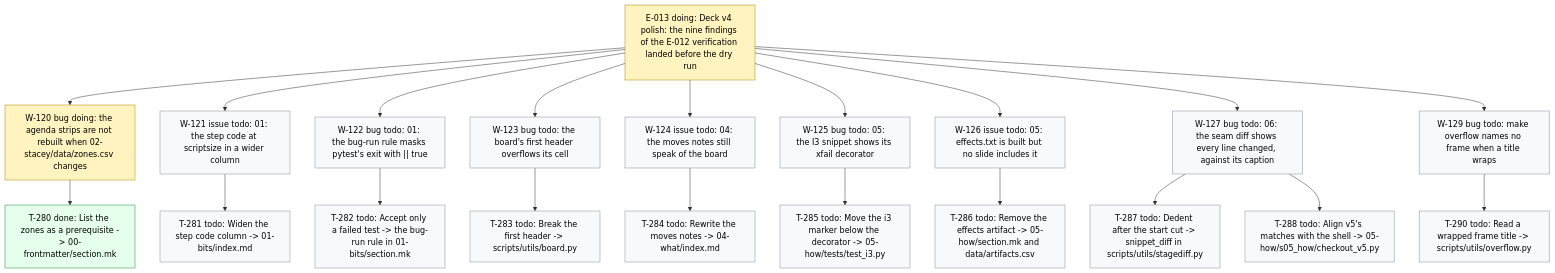
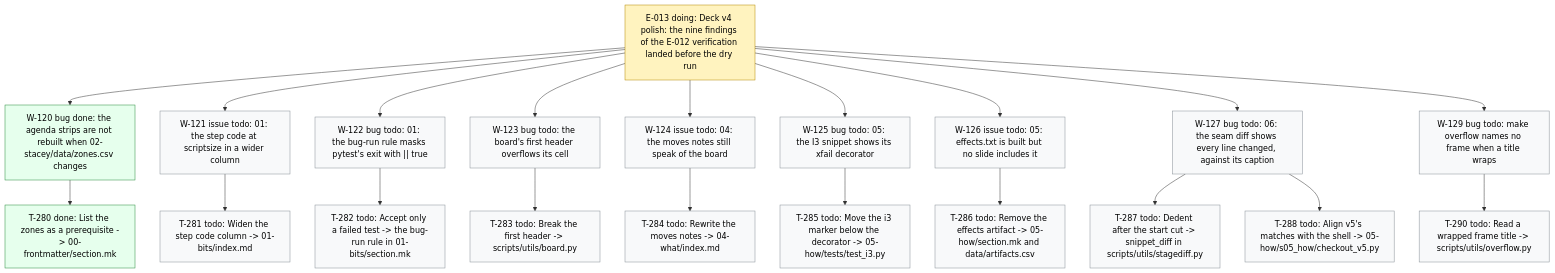
Before and after one commit to dpopchev/chaos-to-simple: the diagram in .board/BOARD.md, drawn with Mermaid. The commit also changed other lines of this file and 1 other file, not shown here.

Commit message:
chore(board): close W-120 -- landed
Refs: W-120

````diff
--- a/.board/BOARD.md
+++ b/.board/BOARD.md
@@ -729,31 +729,31 @@
 ```mermaid
 flowchart TD
   E013["E-013 doing: Deck v4 polish: the nine findings of the E-012 verification landed before the dry run"]
-  E013 --> W120["W-120 bug doing: the agenda strips are not rebuilt when 02-stacey/data/zones.csv changes"]
+  E013 --> W120["W-120 bug done: the agenda strips are not rebuilt when 02-stacey/data/zones.csv changes"]
   W120 --> T280["T-280 done: List the zones as a prerequisite -> 00-frontmatter/section.mk"]
   E013 --> W121["W-121 issue todo: 01: the step code at scriptsize in a wider column"]
   W121 --> T281["T-281 todo: Widen the step code column -> 01-bits/index.md"]
   E013 --> W122["W-122 bug todo: 01: the bug-run rule masks pytest's exit with || true"]
   W122 --> T282["T-282 todo: Accept only a failed test -> the bug-run rule in 01-bits/section.mk"]
   E013 --> W123["W-123 bug todo: the board's first header overflows its cell"]
   W123 --> T283["T-283 todo: Break the first header -> scripts/utils/board.py"]
   E013 --> W124["W-124 issue todo: 04: the moves notes still speak of the board"]
   W124 --> T284["T-284 todo: Rewrite the moves notes -> 04-what/index.md"]
   E013 --> W125["W-125 bug todo: 05: the I3 snippet shows its xfail decorator"]
   W125 --> T285["T-285 todo: Move the i3 marker below the decorator -> 05-how/tests/test_i3.py"]
   E013 --> W126["W-126 issue todo: 05: effects.txt is built but no slide includes it"]
   W126 --> T286["T-286 todo: Remove the effects artifact -> 05-how/section.mk and data/artifacts.csv"]
   E013 --> W127["W-127 bug todo: 06: the seam diff shows every line changed, against its caption"]
   W127 --> T287["T-287 todo: Dedent after the start cut -> snippet_diff in scripts/utils/stagediff.py"]
   W127 --> T288["T-288 todo: Align v5's matches with the shell -> 05-how/s05_how/checkout_v5.py"]
   E013 --> W129["W-129 bug todo: make overflow names no frame when a title wraps"]
   W129 --> T290["T-290 todo: Read a wrapped frame title -> scripts/utils/overflow.py"]
   classDef doing fill:#fff3bf,stroke:#b58900,color:#000;
   classDef blocked fill:#ffe3e3,stroke:#c92a2a,color:#000;
   classDef done fill:#e6ffed,stroke:#2b8a3e,color:#000;
   classDef todo fill:#f8f9fa,stroke:#868e96,color:#000;
   classDef pruned fill:#f1f3f5,stroke:#adb5bd,color:#000;
-  class E013,W120 doing
-  class T280 done
+  class E013 doing
+  class W120,T280 done
   class W121,T281,W122,T282,W123,T283,W124,T284,W125,T285,W126,T286,W127,T287,T288,W129,T290 todo
 ```
````
